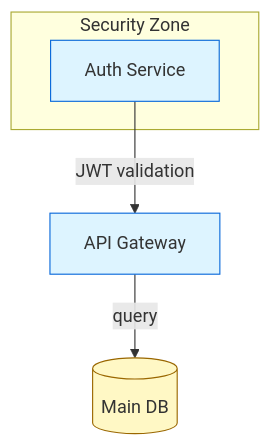
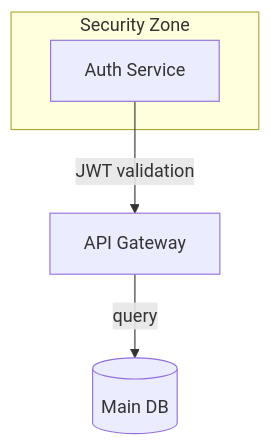
The eighth of 14 diagrams in docs/10-architecture/diagram-architecture.md (lshtram/accordo), drawn with Mermaid before and after one commit. The commit also changed other lines of this file and 114 other files, not shown here.

````diff
--- a/docs/10-architecture/diagram-architecture.md
+++ b/docs/10-architecture/diagram-architecture.md
@@ -1207,20 +1191,18 @@
 ```mermaid
 %% @diagram-id: arch
 %% @created: 2026-03-02
 %% @authors: agent, human
 
 flowchart TD
-    auth["Auth Service"]:::service
-    api["API Gateway"]:::service
-    db[(Main DB)]:::database
+    auth["Auth Service"]
+    api["API Gateway"]
+    db[(Main DB)]
 
     auth -->|JWT validation| api
     api -->|query| db
 
     subgraph security_zone["Security Zone"]
         auth
     end
 
-    classDef service fill:#ddf4ff,stroke:#0969da
-    classDef database fill:#fff8c5,stroke:#9a6700
 ```
````
